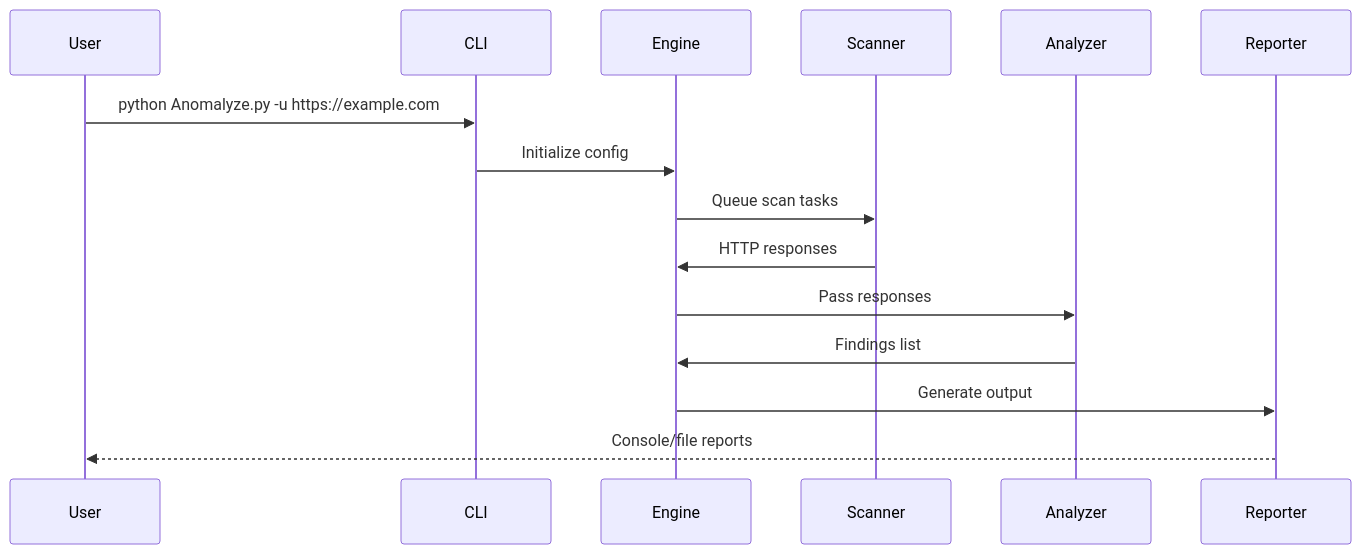
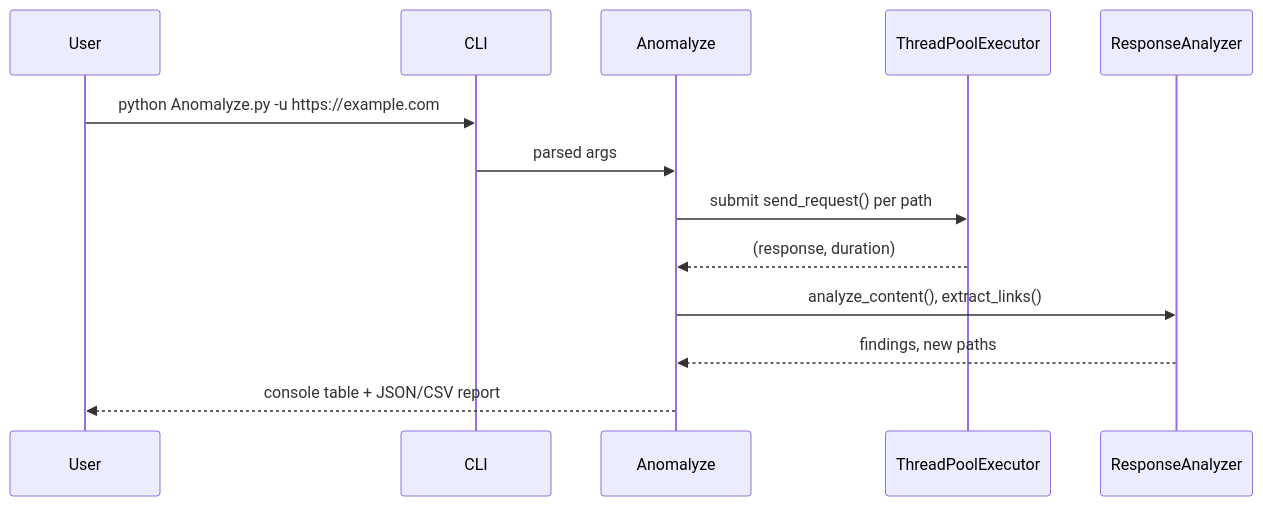
Before and after one commit to xtawb/Anomalyze: the second of 2 diagrams in docs/architecture.md, drawn with Mermaid. The commit also changed other lines of this file and 23 other files, not shown here.

````diff
--- a/docs/architecture.md
+++ b/docs/architecture.md
@@ -58,18 +49,16 @@
 ```mermaid
 sequenceDiagram
     participant User
     participant CLI
-    participant Engine
-    participant Scanner
-    participant Analyzer
-    participant Reporter
-    
+    participant Anomalyze
+    participant Executor as ThreadPoolExecutor
+    participant Analyzer as ResponseAnalyzer
+
     User->>CLI: python Anomalyze.py -u https://example.com
-    CLI->>Engine: Initialize config
-    Engine->>Scanner: Queue scan tasks
-    Scanner->>Engine: HTTP responses
-    Engine->>Analyzer: Pass responses
-    Analyzer->>Engine: Findings list
-    Engine->>Reporter: Generate output
-    Reporter-->>User: Console/file reports
+    CLI->>Anomalyze: parsed args
+    Anomalyze->>Executor: submit send_request() per path
+    Executor-->>Anomalyze: (response, duration)
+    Anomalyze->>Analyzer: analyze_content(), extract_links()
+    Analyzer-->>Anomalyze: findings, new paths
+    Anomalyze-->>User: console table + JSON/CSV report
 ```
````
